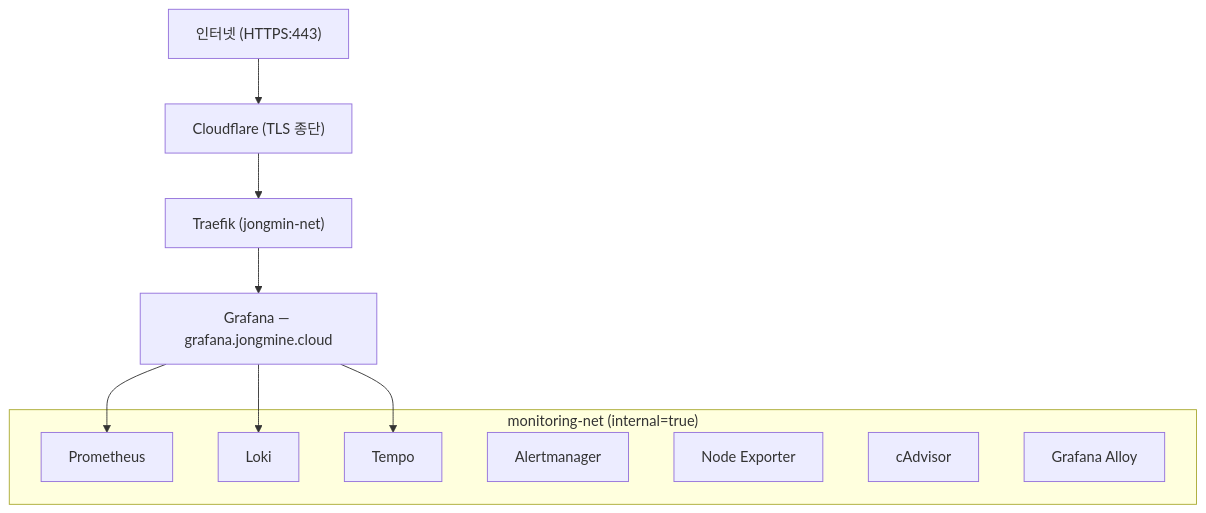
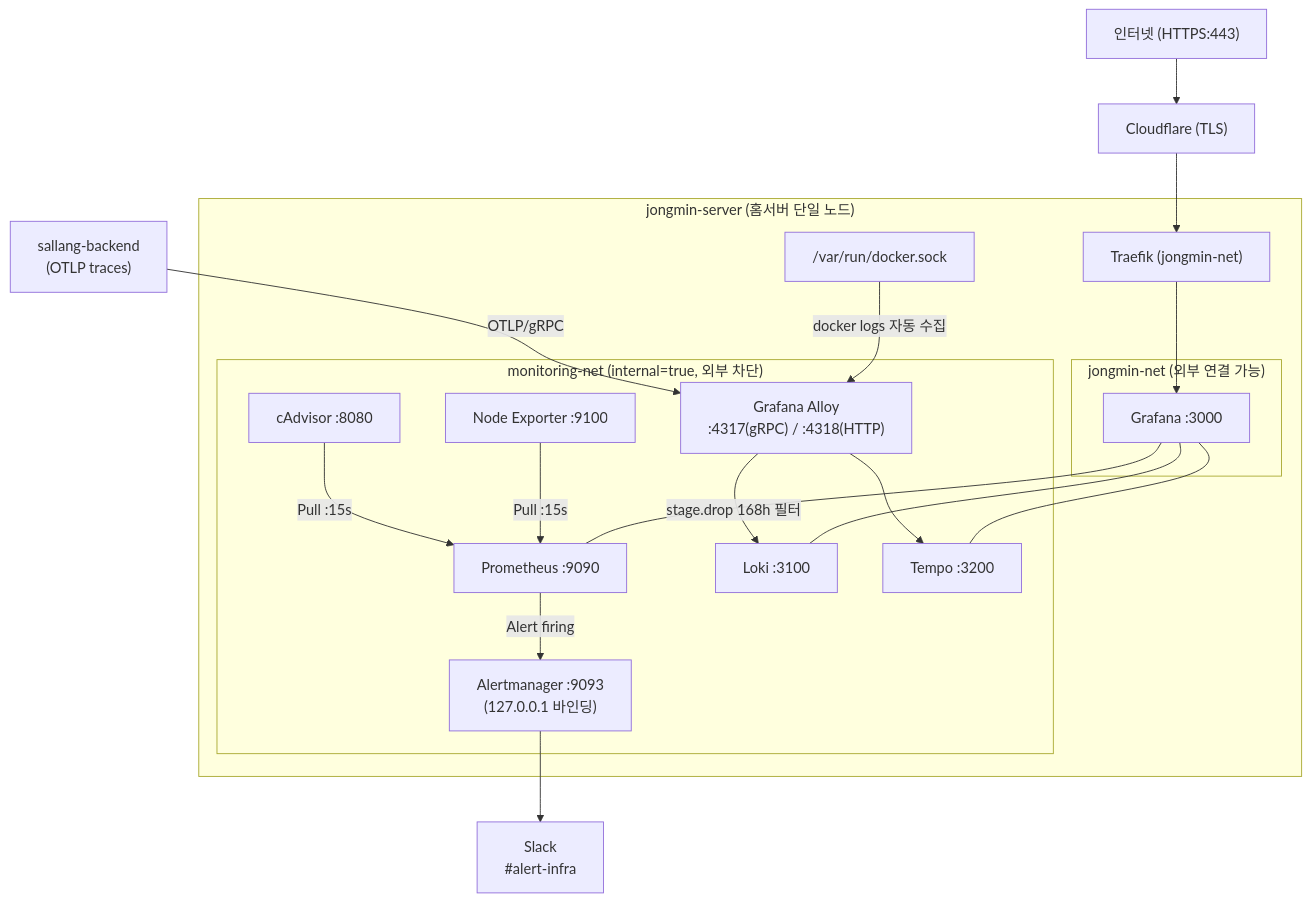
One commit to jongmine/jongmin-server-infra changed the first of 2 diagrams in docs/MONITORING_GUIDE.md. Above: the diagram before and after it, drawn with Mermaid. The commit also changed other lines of this file and 1 other file, not shown here.

First line of the commit message:
docs: MONITORING_GUIDE 현행화 및 Oracle Cloud 이관 전략 문서 추가

````diff
--- a/docs/MONITORING_GUIDE.md
+++ b/docs/MONITORING_GUIDE.md
@@ -42,22 +37,35 @@
 ```mermaid
-graph TD
+graph TB
     Internet["인터넷 (HTTPS:443)"]
-    CF["Cloudflare (TLS 종단)"]
-    Traefik["Traefik (jongmin-net)"]
-    Grafana["Grafana — grafana.jongmine.cloud"]
+    CF["Cloudflare (TLS)"]
 
-    subgraph monitoring-net ["monitoring-net (internal=true)"]
-        Prometheus
-        Loki
-        Tempo
-        Alertmanager
-        NodeExporter["Node Exporter"]
-        cAdvisor
-        Alloy["Grafana Alloy"]
+    subgraph jongmin-server ["jongmin-server (홈서버 단일 노드)"]
+        Traefik["Traefik (jongmin-net)"]
+
+        subgraph public-net ["jongmin-net (외부 연결 가능)"]
+            Grafana["Grafana :3000"]
+        end
+
+        subgraph monitoring-net ["monitoring-net (internal=true, 외부 차단)"]
+            Prometheus["Prometheus :9090"]
+            Loki["Loki :3100"]
+            Tempo["Tempo :3200"]
+            Alertmanager["Alertmanager :9093\n(127.0.0.1 바인딩)"]
+            NodeExporter["Node Exporter :9100"]
+            cAdvisor["cAdvisor :8080"]
+            Alloy["Grafana Alloy\n:4317(gRPC) / :4318(HTTP)"]
+        end
+
+        DockerSock["/var/run/docker.sock"]
     end
 
+    Slack["Slack\n#alert-infra"]
+    SallangApp["sallang-backend\n(OTLP traces)"]
+
     Internet --> CF --> Traefik --> Grafana
-    Grafana --> Prometheus
-    Grafana --> Loki
-    Grafana --> Tempo
+    Grafana --- Prometheus & Loki & Tempo
+    Prometheus -->|"Alert firing"| Alertmanager --> Slack
+    NodeExporter & cAdvisor -->|"Pull :15s"| Prometheus
+    DockerSock -->|"docker logs 자동 수집"| Alloy -->|"stage.drop 168h 필터"| Loki
+    SallangApp -->|"OTLP/gRPC"| Alloy --> Tempo
 ```
````
